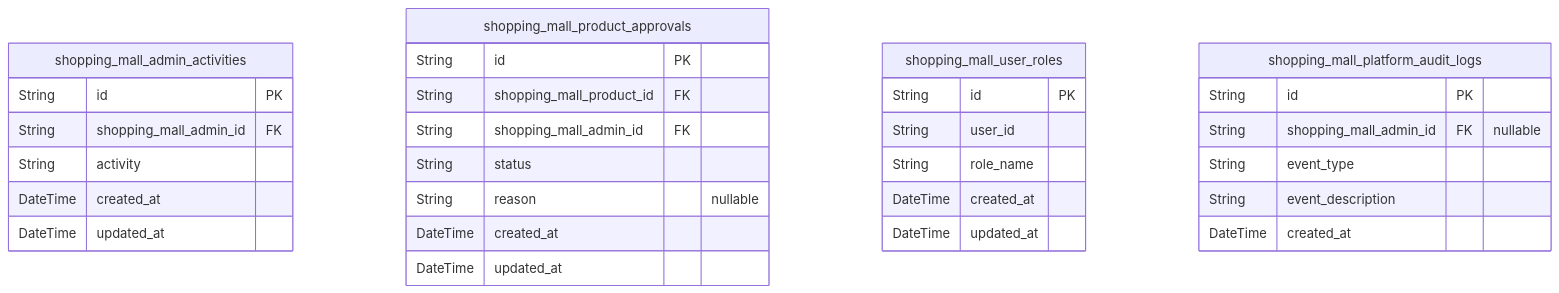
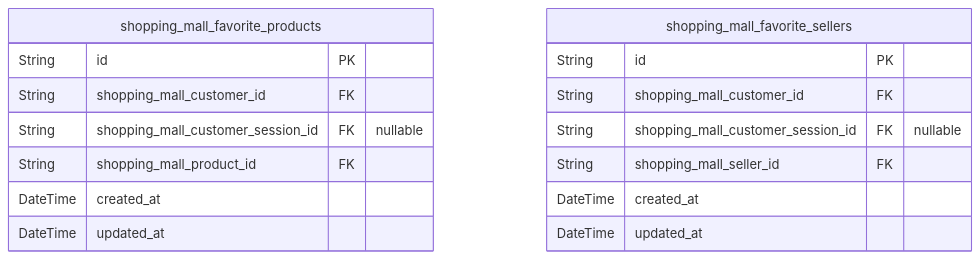
One commit to wrtnlabs/autobe-examples changed the ninth of 10 diagrams in openai/gpt-4.1-mini/shopping/docs/ERD.md. Above: the diagram before and after it, drawn with Mermaid. The commit also changed other lines of this file and 22498 other files, not shown here.

````diff
--- a/openai/gpt-4.1-mini/shopping/docs/ERD.md
+++ b/openai/gpt-4.1-mini/shopping/docs/ERD.md
@@ -937,33 +1329,19 @@
 ```mermaid
 erDiagram
-"shopping_mall_admin_activities" {
+"shopping_mall_favorite_products" {
   String id PK
-  String shopping_mall_admin_id FK
-  String activity
+  String shopping_mall_customer_id FK
+  String shopping_mall_customer_session_id FK "nullable"
+  String shopping_mall_product_id FK
   DateTime created_at
   DateTime updated_at
 }
-"shopping_mall_product_approvals" {
+"shopping_mall_favorite_sellers" {
   String id PK
-  String shopping_mall_product_id FK
-  String shopping_mall_admin_id FK
-  String status
-  String reason "nullable"
+  String shopping_mall_customer_id FK
+  String shopping_mall_customer_session_id FK "nullable"
+  String shopping_mall_seller_id FK
   DateTime created_at
   DateTime updated_at
 }
-"shopping_mall_user_roles" {
-  String id PK
-  String user_id
-  String role_name
-  DateTime created_at
-  DateTime updated_at
-}
-"shopping_mall_platform_audit_logs" {
-  String id PK
-  String shopping_mall_admin_id FK "nullable"
-  String event_type
-  String event_description
-  DateTime created_at
-}
 ```
````
